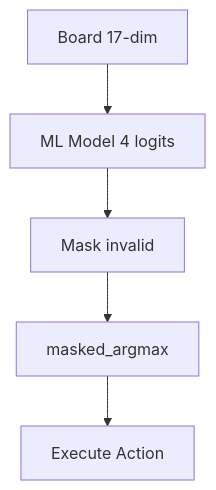
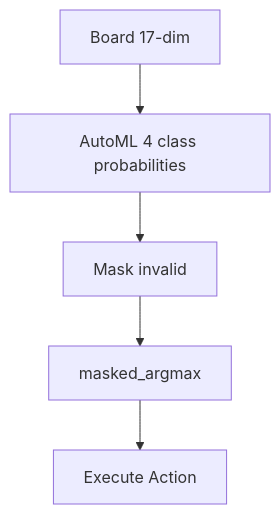
One commit to Evintkoo/2048-ml changed the diagram in plans/04-Actions/03-Mapping/02-action-decision-policy.md. Above: the diagram before and after it, drawn with Mermaid. The commit also changed other lines of this file and 157 other files, not shown here.

````diff
--- a/plans/04-Actions/03-Mapping/02-action-decision-policy.md
+++ b/plans/04-Actions/03-Mapping/02-action-decision-policy.md
@@ -19,7 +19,7 @@
 ```mermaid
 flowchart TB
-    State["Board 17-dim"] --> Model["ML Model 4 logits"]
+    State["Board 17-dim"] --> Model["AutoML 4 class probabilities"]
     Model --> Mask["Mask invalid"]
     Mask --> Argmax["masked_argmax"]
     Argmax --> Execute["Execute Action"]
 ```
````
